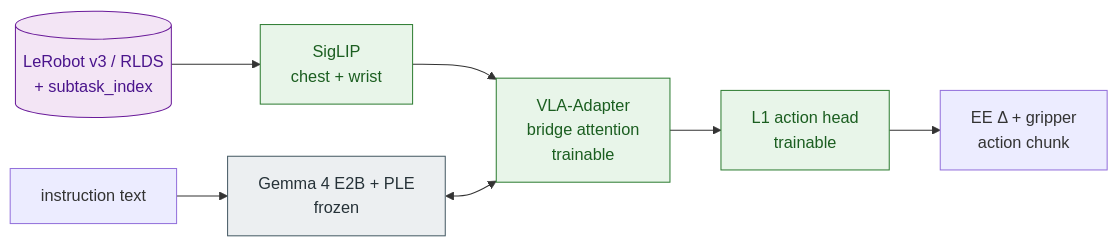
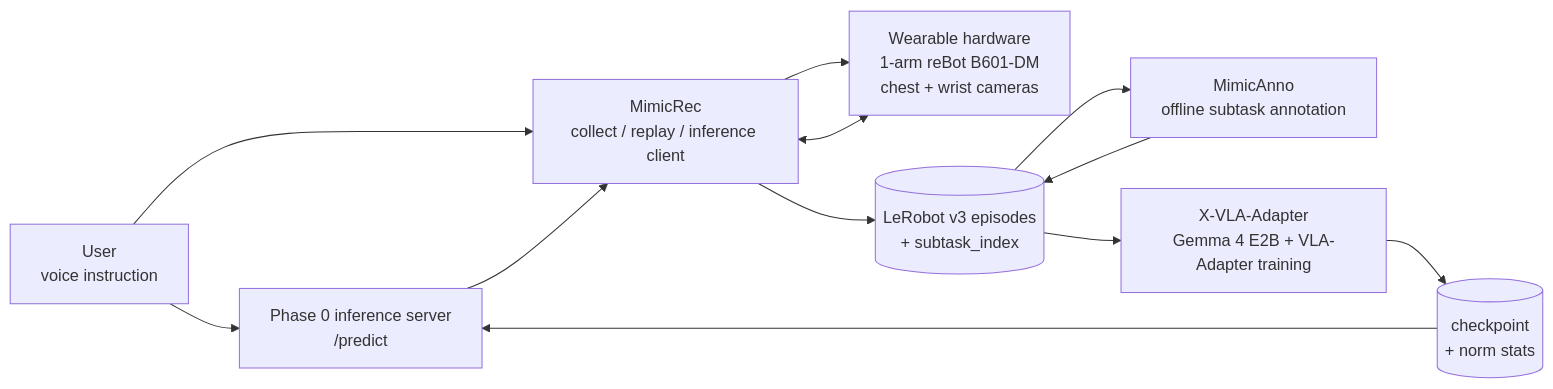
One commit to takaki-maeda-99/GEM-4 changed the diagram in README.ja.md. Above: the diagram before and after it, drawn with Mermaid. The commit also changed other lines of this file and 2 other files, not shown here.

````diff
--- a/README.ja.md
+++ b/README.ja.md
@@ -215,21 +70,23 @@
 ```mermaid
 flowchart LR
-    D[("LeRobot v3 / RLDS<br/>+ subtask_index")]
-    I["instruction text"]
-    V["SigLIP<br/>chest + wrist"]
-    L["Gemma 4 E2B + PLE<br/>frozen"]
-    A["VLA-Adapter<br/>bridge attention<br/>trainable"]
-    H["L1 action head<br/>trainable"]
-    O["EE Δ + gripper<br/>action chunk"]
-    D --> V
-    I --> L
-    V --> A
-    L <--> A
-    A --> H --> O
-    classDef frozen fill:#eceff1,stroke:#455a64,color:#263238
-    classDef trainable fill:#e8f5e9,stroke:#2e7d32,color:#1b5e20
-    classDef data fill:#f3e5f5,stroke:#6a1b9a,color:#4a148c
-    class L frozen
-    class V,A,H trainable
-    class D data
+    User["User<br/>voice instruction"]
+    HW["Wearable hardware<br/>1-arm reBot B601-DM<br/>chest + wrist cameras"]
+    Rec["MimicRec<br/>collect / replay / inference client"]
+    Anno["MimicAnno<br/>offline subtask annotation"]
+    Train["X-VLA-Adapter<br/>Gemma 4 E2B + VLA-Adapter training"]
+    Infer["Phase 0 inference server<br/>/predict"]
+    Data[("LeRobot v3 episodes<br/>+ subtask_index")]
+    Ckpt[("checkpoint<br/>+ norm stats")]
+
+    User --> Infer
+    User --> Rec
+    HW <--> Rec
+    Rec --> Data
+    Data --> Anno
+    Anno --> Data
+    Data --> Train
+    Train --> Ckpt
+    Ckpt --> Infer
+    Infer --> Rec
+    Rec --> HW
 ```
````
